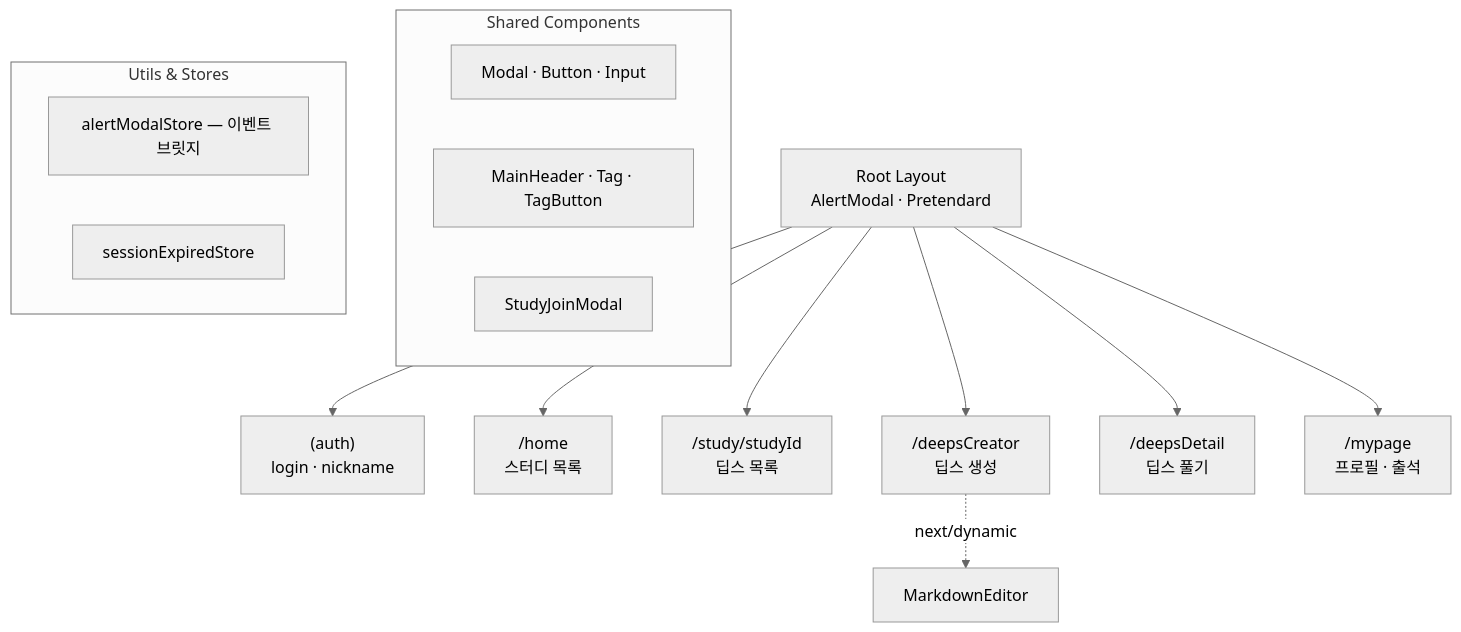
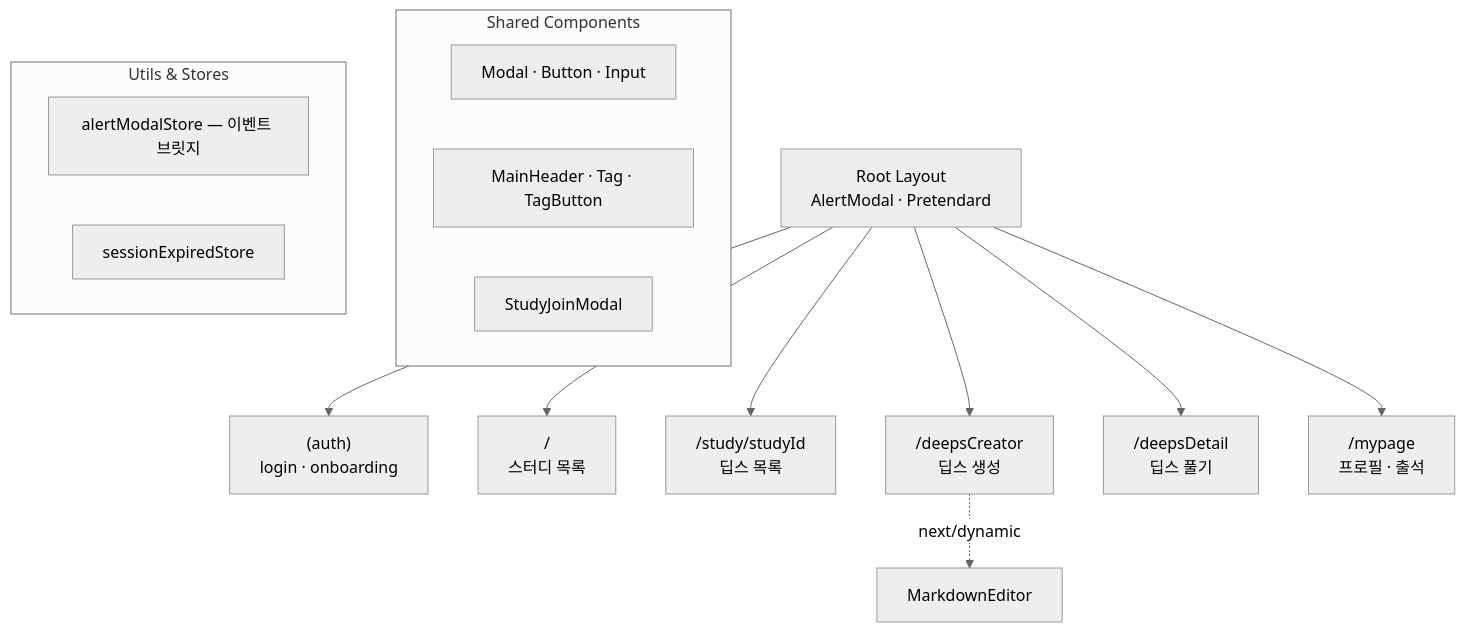
The diagram in README.md (Deeps-Study/Deeps), drawn with Mermaid (neutral theme) before and after one commit. The commit also changed 23 other files, not shown here.

````diff
--- a/README.md
+++ b/README.md
@@ -131,24 +131,24 @@
 ```mermaid
 graph TD
   Root["Root Layout\nAlertModal · Pretendard"]
 
-  Root --> Auth["(auth)\nlogin · nickname"]
-  Root --> Home["/home\n스터디 목록"]
+  Root --> Auth["(auth)\nlogin · onboarding"]
+  Root --> Home["/\n스터디 목록"]
   Root --> Study["/study/studyId\n딥스 목록"]
   Root --> Creator["/deepsCreator\n딥스 생성"]
   Root --> Detail["/deepsDetail\n딥스 풀기"]
   Root --> MyPage["/mypage\n프로필 · 출석"]
 
   Creator -. "next/dynamic" .-> Editor["MarkdownEditor"]
 
   subgraph Shared["Shared Components"]
     S1["Modal · Button · Input"]
     S2["MainHeader · Tag · TagButton"]
     S3["StudyJoinModal"]
   end
 
   subgraph Utils["Utils & Stores"]
     U1["alertModalStore — 이벤트 브릿지"]
     U2["sessionExpiredStore"]
   end
 ```
````
